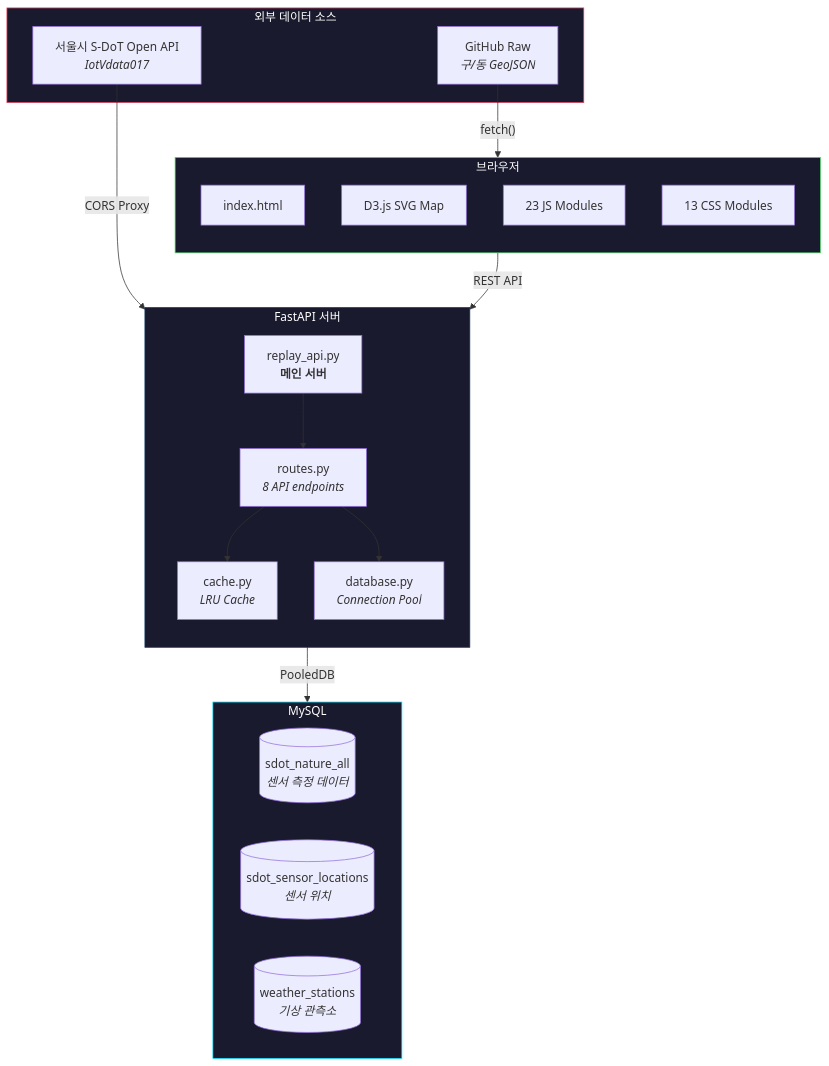
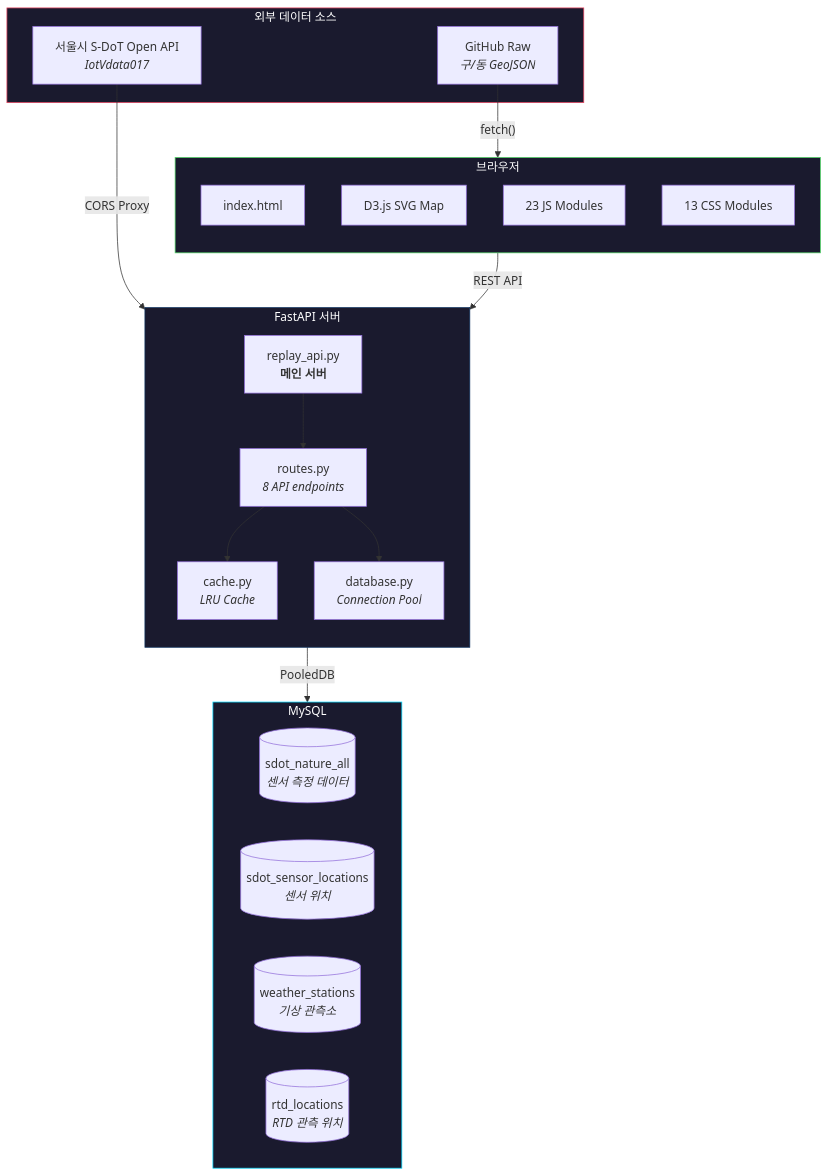
The first of 2 diagrams in README.md (Technoetic/seoul-smartcity-dashboard), drawn with Mermaid before and after one commit. The commit also changed other lines of this file, not shown here.

First line of the commit message:
Add missing rtd_locations table to README architecture diagram and DB schema

````diff
--- a/README.md
+++ b/README.md
@@ -69,43 +69,44 @@
 ```mermaid
 graph TB
     subgraph EXTERNAL["외부 데이터 소스"]
         SDOT_API["서울시 S-DoT Open API<br><i>IotVdata017</i>"]
         GEOJSON["GitHub Raw<br><i>구/동 GeoJSON</i>"]
     end
 
     subgraph SERVER["FastAPI 서버"]
         direction TB
         MAIN["replay_api.py<br><b>메인 서버</b>"]
         ROUTES["routes.py<br><i>8 API endpoints</i>"]
         CACHE_MOD["cache.py<br><i>LRU Cache</i>"]
         DB_MOD["database.py<br><i>Connection Pool</i>"]
     end
 
     subgraph DATABASE["MySQL"]
         direction LR
         T1[("sdot_nature_all<br><i>센서 측정 데이터</i>")]
         T2[("sdot_sensor_locations<br><i>센서 위치</i>")]
         T3[("weather_stations<br><i>기상 관측소</i>")]
+        T4[("rtd_locations<br><i>RTD 관측 위치</i>")]
     end
 
     subgraph CLIENT["브라우저"]
         direction TB
         HTML["index.html"]
         D3["D3.js SVG Map"]
         JS["23 JS Modules"]
         CSS["13 CSS Modules"]
     end
 
     SDOT_API -- "CORS Proxy" --> ROUTES
     GEOJSON -- "fetch()" --> CLIENT
     CLIENT -- "REST API" --> ROUTES
     ROUTES --> CACHE_MOD
     ROUTES --> DB_MOD
     DB_MOD -- "PooledDB" --> DATABASE
     MAIN --> ROUTES
 
     style EXTERNAL fill:#1a1a2e,stroke:#e94560,color:#fff
     style SERVER fill:#1a1a2e,stroke:#0f3460,color:#fff
     style DATABASE fill:#1a1a2e,stroke:#00d9ff,color:#fff
     style CLIENT fill:#1a1a2e,stroke:#53d769,color:#fff
 ```
````
